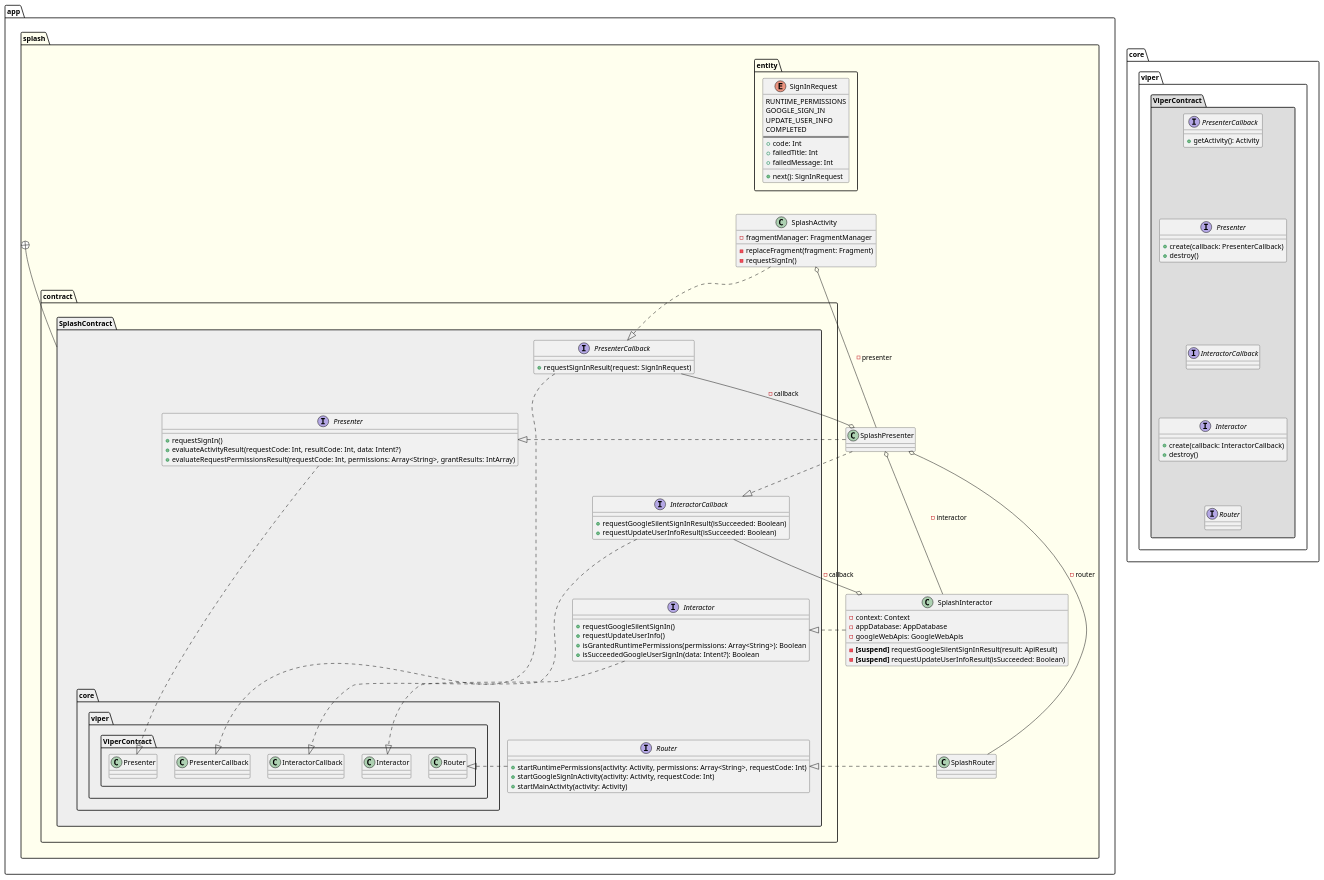
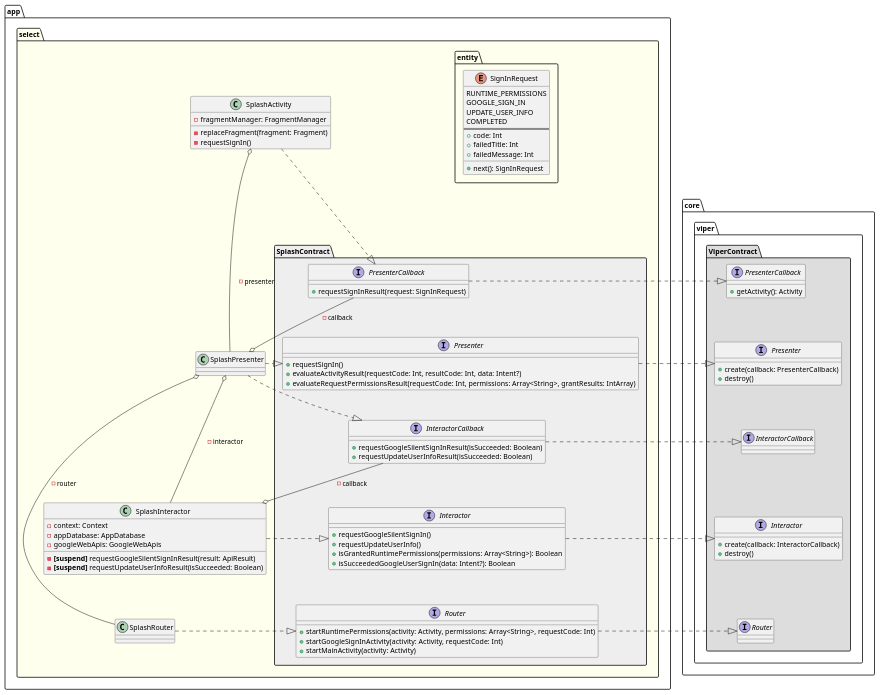
One commit to sallyluenoa/PhotoSlideShow changed the diagram in uml/splash/class_diagram_splash_viper.md. Above: the diagram before and after it, drawn with PlantUML. The commit also changed 3 other files, not shown here.

First line of the commit message:
Write UML for design #13

```diff
--- a/uml/splash/class_diagram_splash_viper.md
+++ b/uml/splash/class_diagram_splash_viper.md
@@ -1,96 +1,4 @@
 @startuml
-namespace app.splash #FFFFEE {
-
-  namespace entity {
-    enum SignInRequest {
-      RUNTIME_PERMISSIONS
-      GOOGLE_SIGN_IN
-      UPDATE_USER_INFO
-      COMPLETED
-      ==
-      + code: Int
-      + failedTitle: Int
-      + failedMessage: Int
-      __
-      + next(): SignInRequest
-    }
-
-    SignInRequest -[hidden]-> app.splash.SplashActivity
-  }
-
-  class SplashActivity {
-    - fragmentManager: FragmentManager
-    - replaceFragment(fragment: Fragment)
-    - requestSignIn()
-  }
-  class SplashPresenter
-  class SplashInteractor {
-    - context: Context
-    - appDatabase: AppDatabase
-    - googleWebApis: GoogleWebApis
-    - <b>[suspend]</b> requestGoogleSilentSignInResult(result: ApiResult)
-    - <b>[suspend]</b> requestUpdateUserInfoResult(isSucceeded: Boolean)
-  }
-  class SplashRouter
-
-  SplashActivity o-- SplashPresenter: - presenter
-  SplashPresenter o--- SplashInteractor: - interactor
-  SplashPresenter o---- SplashRouter: - router
-
-  SplashPresenter .|> app.splash.contract.SplashContract.Presenter
-  SplashInteractor .|> app.splash.contract.SplashContract.Interactor
-  SplashRouter .|> app.splash.contract.SplashContract.Router
-
-  SplashActivity ..|> app.splash.contract.SplashContract.PresenterCallback
-  SplashPresenter o-- app.splash.contract.SplashContract.PresenterCallback: - callback
-  SplashPresenter ..|> app.splash.contract.SplashContract.InteractorCallback
-  SplashInteractor o-- app.splash.contract.SplashContract.InteractorCallback: - callback
-
-  app.splash.contract.SplashContract.Presenter -[hidden]> SplashPresenter
-  app.splash.contract.SplashContract.Interactor -[hidden]> SplashInteractor
-  app.splash.contract.SplashContract.Router -[hidden]> SplashRouter
-
-}
-
-namespace app.splash.contract.SplashContract #EEEEEE {
-  interface Presenter {
-    + requestSignIn()
-    + evaluateActivityResult(requestCode: Int, resultCode: Int, data: Intent?)
-    + evaluateRequestPermissionsResult(requestCode: Int, permissions: Array<String>, grantResults: IntArray)
-  }
-  interface PresenterCallback {
-    + requestSignInResult(request: SignInRequest)
-  }
-  interface Interactor {
-    + requestGoogleSilentSignIn()
-    + requestUpdateUserInfo()
-    + isGrantedRuntimePermissions(permissions: Array<String>): Boolean
-    + isSucceededGoogleUserSignIn(data: Intent?): Boolean
-  }
-  interface InteractorCallback {
-    + requestGoogleSilentSignInResult(isSucceeded: Boolean)
-    + requestUpdateUserInfoResult(isSucceeded: Boolean)
-  }
-  interface Router {
-    + startRuntimePermissions(activity: Activity, permissions: Array<String>, requestCode: Int)
-    + startGoogleSignInActivity(activity: Activity, requestCode: Int)
-    + startMainActivity(activity: Activity)
-  }
-
-  PresenterCallback -[hidden]-> Presenter
-  Presenter -[hidden]-> InteractorCallback
-  InteractorCallback -[hidden]-> Interactor
-  Interactor -[hidden]-> Router
-
-  Presenter .|> core.viper.ViperContract.Presenter
-  PresenterCallback .|> core.viper.ViperContract.PresenterCallback
-  Interactor .|> core.viper.ViperContract.Interactor
-  InteractorCallback .|> core.viper.ViperContract.InteractorCallback
-  Router .|> core.viper.ViperContract.Router
-}
-
-app.splash +-- app.splash.contract.SplashContract
-
 namespace core.viper.ViperContract #DDDDDD {
   interface Presenter {
     + create(callback: PresenterCallback)
@@ -111,4 +19,88 @@
   InteractorCallback -[hidden]-> Interactor
   Interactor -[hidden]-> Router
 }
+
+namespace app.select #FFFFEE {
+
+  namespace app.select.SplashContract #EEEEEE {
+    interface Presenter {
+      + requestSignIn()
+      + evaluateActivityResult(requestCode: Int, resultCode: Int, data: Intent?)
+      + evaluateRequestPermissionsResult(requestCode: Int, permissions: Array<String>, grantResults: IntArray)
+    }
+    interface PresenterCallback {
+      + requestSignInResult(request: SignInRequest)
+    }
+    interface Interactor {
+      + requestGoogleSilentSignIn()
+      + requestUpdateUserInfo()
+      + isGrantedRuntimePermissions(permissions: Array<String>): Boolean
+      + isSucceededGoogleUserSignIn(data: Intent?): Boolean
+    }
+    interface InteractorCallback {
+      + requestGoogleSilentSignInResult(isSucceeded: Boolean)
+      + requestUpdateUserInfoResult(isSucceeded: Boolean)
+    }
+    interface Router {
+      + startRuntimePermissions(activity: Activity, permissions: Array<String>, requestCode: Int)
+      + startGoogleSignInActivity(activity: Activity, requestCode: Int)
+      + startMainActivity(activity: Activity)
+    }
+
+    PresenterCallback -[hidden]-> Presenter
+    Presenter -[hidden]-> InteractorCallback
+    InteractorCallback -[hidden]-> Interactor
+    Interactor -[hidden]-> Router
+  }
+
+  namespace entity {
+    enum SignInRequest {
+      RUNTIME_PERMISSIONS
+      GOOGLE_SIGN_IN
+      UPDATE_USER_INFO
+      COMPLETED
+      ==
+      + code: Int
+      + failedTitle: Int
+      + failedMessage: Int
+      __
+      + next(): SignInRequest
+    }
+  }
+
+  class SplashActivity {
+    - fragmentManager: FragmentManager
+    - replaceFragment(fragment: Fragment)
+    - requestSignIn()
+  }
+  class SplashPresenter
+  class SplashInteractor {
+    - context: Context
+    - appDatabase: AppDatabase
+    - googleWebApis: GoogleWebApis
+    - <b>[suspend]</b> requestGoogleSilentSignInResult(result: ApiResult)
+    - <b>[suspend]</b> requestUpdateUserInfoResult(isSucceeded: Boolean)
+  }
+  class SplashRouter
+
+  SplashActivity o-down-- SplashPresenter: - presenter
+  SplashPresenter o-down-- SplashInteractor: - interactor
+  SplashPresenter o-down--- SplashRouter: - router
+
+  SplashPresenter .right.|> app.select.SplashContract.Presenter
+  SplashInteractor .right.|> app.select.SplashContract.Interactor
+  SplashRouter .right.|> app.select.SplashContract.Router
+
+  SplashPresenter o-up- app.select.SplashContract.PresenterCallback: - callback
+  SplashInteractor o-up- app.select.SplashContract.InteractorCallback: - callback
+
+  SplashActivity .down.|> app.select.SplashContract.PresenterCallback
+  SplashPresenter .down.|> app.select.SplashContract.InteractorCallback
+}
+
+app.select.SplashContract.PresenterCallback .right.|> core.viper.ViperContract.PresenterCallback
+app.select.SplashContract.Presenter .right.|> core.viper.ViperContract.Presenter
+app.select.SplashContract.InteractorCallback .right.|> core.viper.ViperContract.InteractorCallback
+app.select.SplashContract.Interactor .right.|> core.viper.ViperContract.Interactor
+app.select.SplashContract.Router .right.|> core.viper.ViperContract.Router
 @enduml
```
